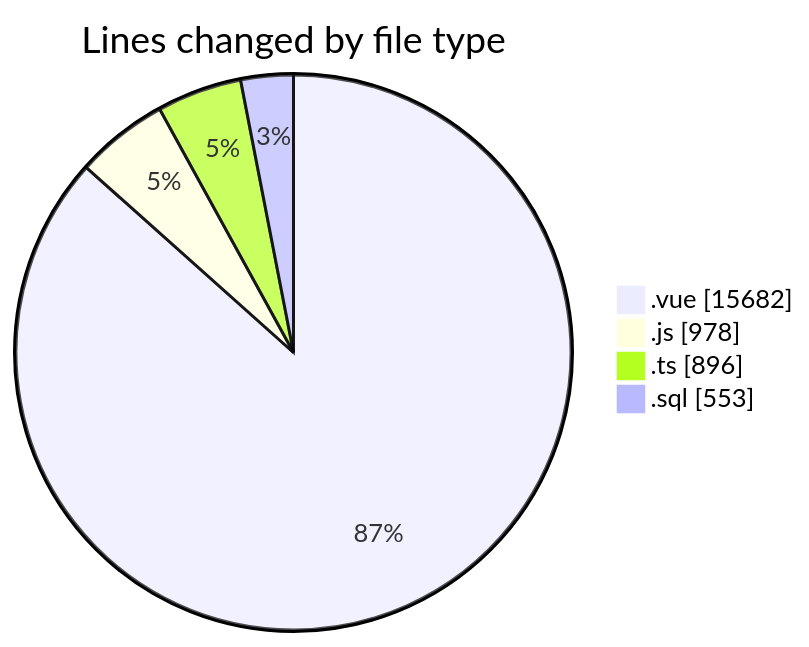
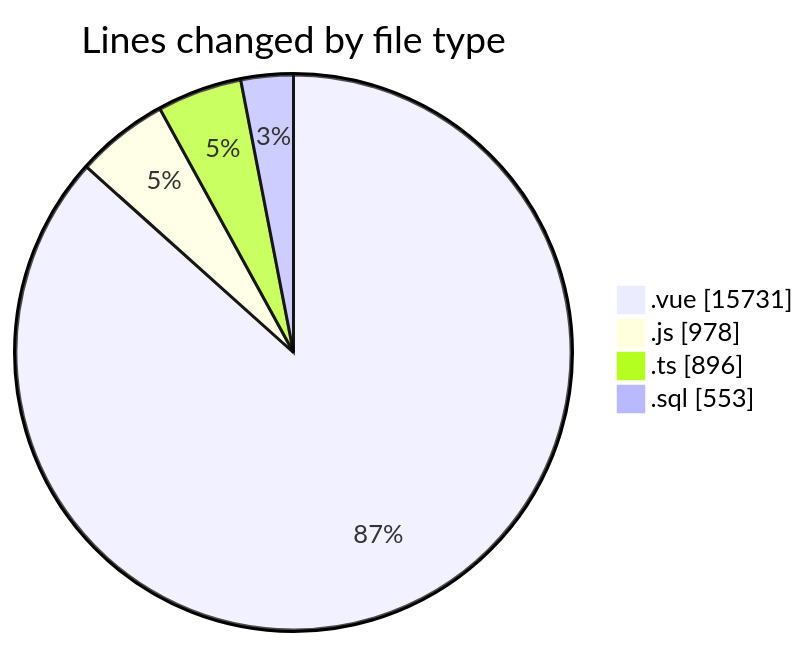
One commit to lephambinh05/code-tracking changed the first of 2 diagrams in 2025-08-13/rentotp/README.md. Above: the diagram before and after it, drawn with Mermaid. The commit also changed other lines of this file and 1 other file, not shown here.

````diff
--- a/2025-08-13/rentotp/README.md
+++ b/2025-08-13/rentotp/README.md
@@ -42,8 +42,8 @@
 ```mermaid
 pie showData
 title Lines changed by file type
-".vue" : 15682
+".vue" : 15731
 ".js" : 978
 ".ts" : 896
 ".sql" : 553
 ```
````
